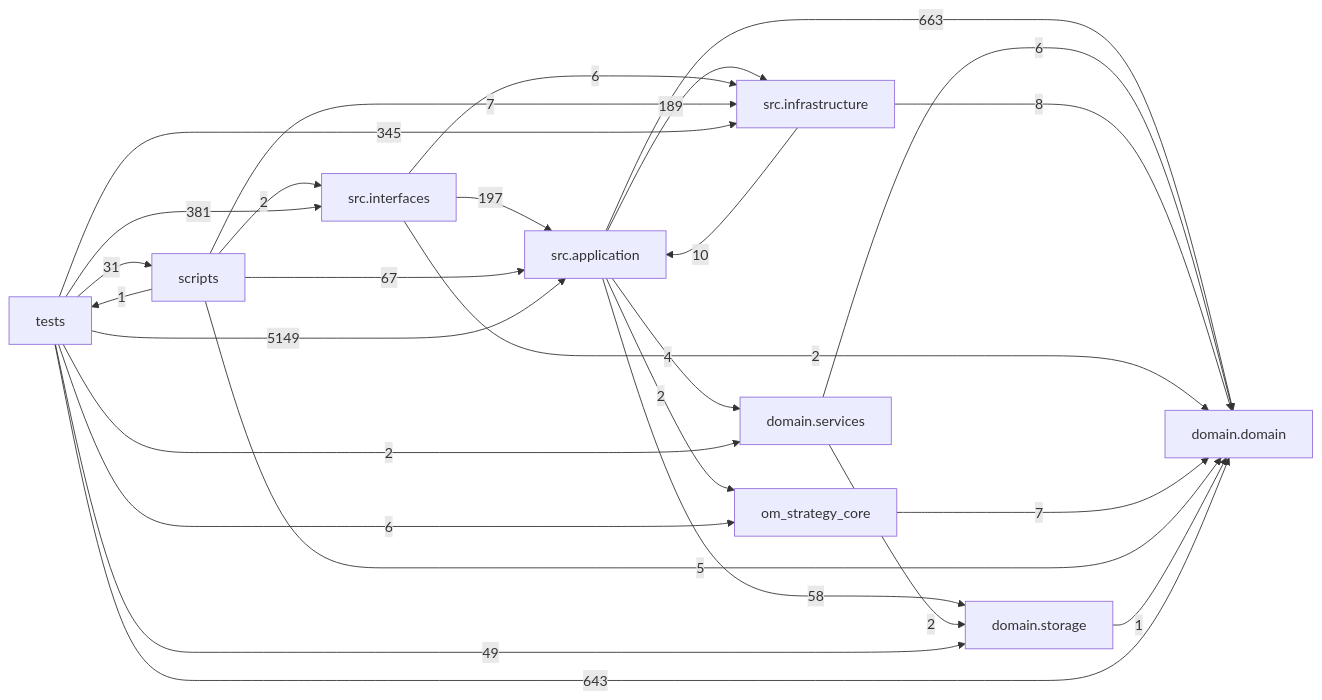
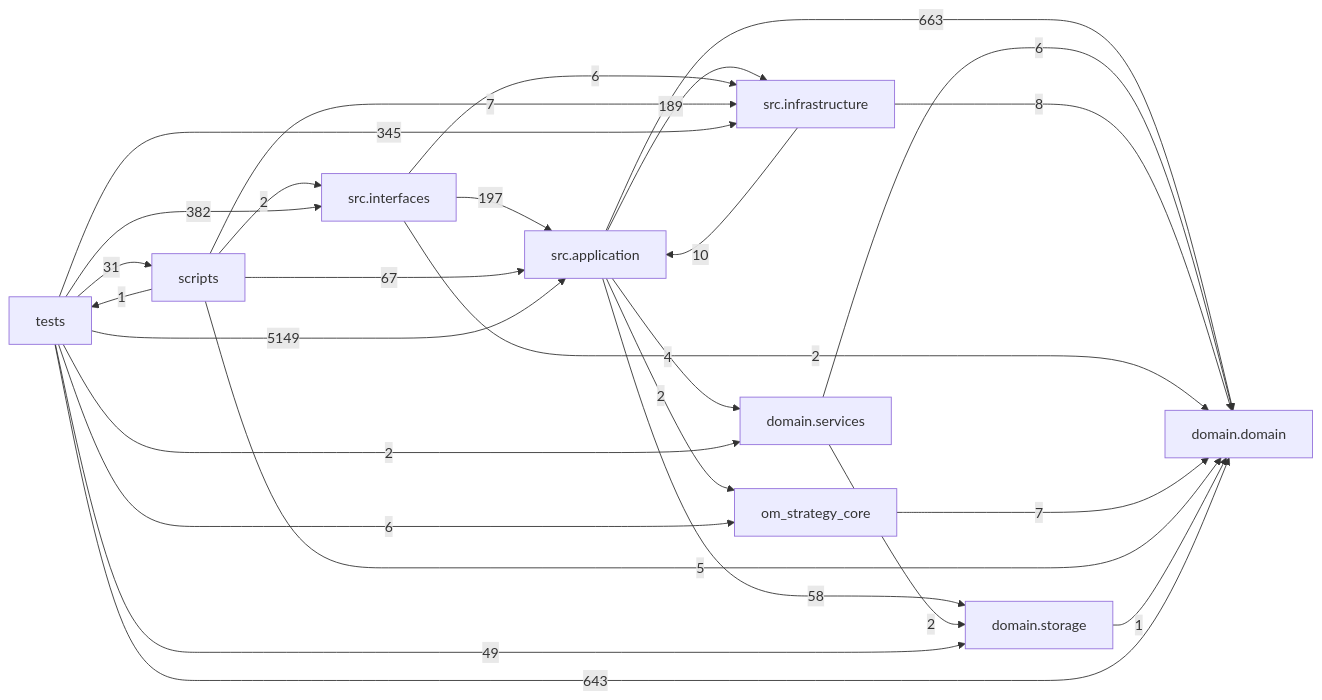
Before and after one commit to liuxie066/options-monitor: the diagram in docs/DEPENDENCY_GRAPH.md, drawn with Mermaid. The commit also changed other lines of this file and 3 other files, not shown here.

````diff
--- a/docs/DEPENDENCY_GRAPH.md
+++ b/docs/DEPENDENCY_GRAPH.md
@@ -24,38 +24,38 @@
 ```mermaid
 flowchart LR
   tests["tests"]
   scripts["scripts"]
   interfaces["src.interfaces"]
   application["src.application"]
   infrastructure["src.infrastructure"]
   domain_services["domain.services"]
   domain["domain.domain"]
   storage["domain.storage"]
   application -->|663| domain
   application -->|4| domain_services
   application -->|189| infrastructure
   application -->|2| om_strategy_core
   application -->|58| storage
   domain_services -->|6| domain
   domain_services -->|2| storage
   infrastructure -->|10| application
   infrastructure -->|8| domain
   interfaces -->|197| application
   interfaces -->|2| domain
   interfaces -->|6| infrastructure
   om_strategy_core -->|7| domain
   scripts -->|67| application
   scripts -->|5| domain
   scripts -->|7| infrastructure
   scripts -->|2| interfaces
   scripts -->|1| tests
   storage -->|1| domain
   tests -->|5149| application
   tests -->|643| domain
   tests -->|2| domain_services
   tests -->|345| infrastructure
-  tests -->|381| interfaces
+  tests -->|382| interfaces
   tests -->|6| om_strategy_core
   tests -->|31| scripts
   tests -->|49| storage
 ```
````
